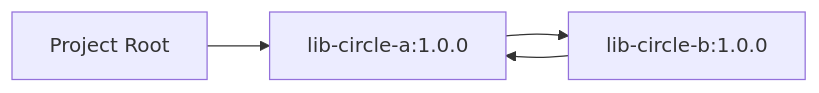
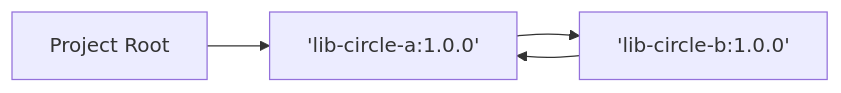
Before and after one commit to JavaDependencyHell/fieldguide: the diagram in demos/maven-demo/scenario-10-circular/guide.qmd, drawn with Mermaid.

Commit message:
small fix in scenario 10

````diff
--- a/demos/maven-demo/scenario-10-circular/guide.qmd
+++ b/demos/maven-demo/scenario-10-circular/guide.qmd
@@ -7,7 +7,7 @@
 ```{mermaid}
 %%| fig-width: 4.4
 graph LR
-    Root[Project Root] --> LibA[lib-circle-a:1.0.0]
-    LibA --> LibB[lib-circle-b:1.0.0]
+    Root[Project Root] --> LibA['lib-circle-a:1.0.0']
+    LibA --> LibB['lib-circle-b:1.0.0']
     LibB --> LibA
 ```
````
